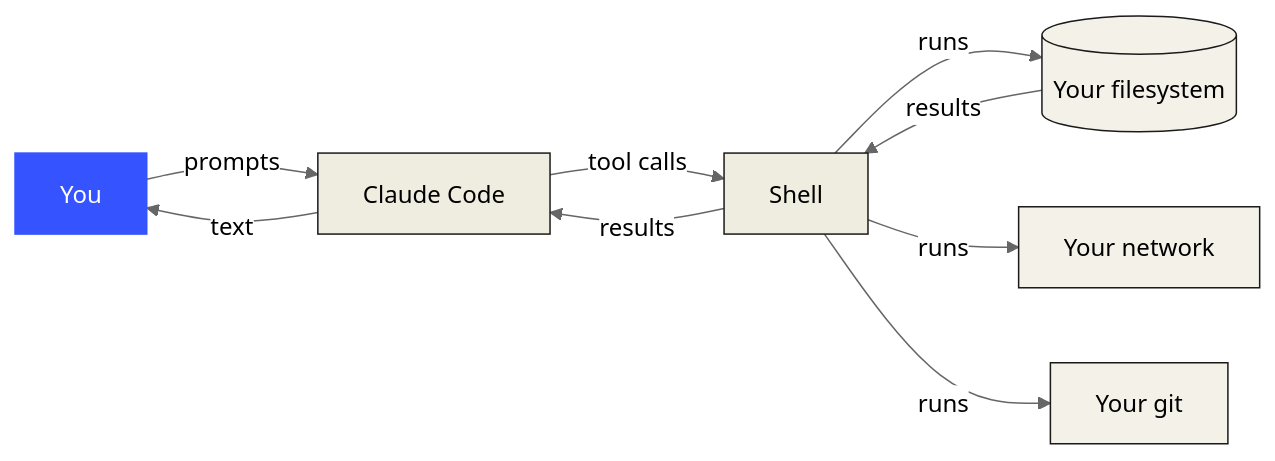
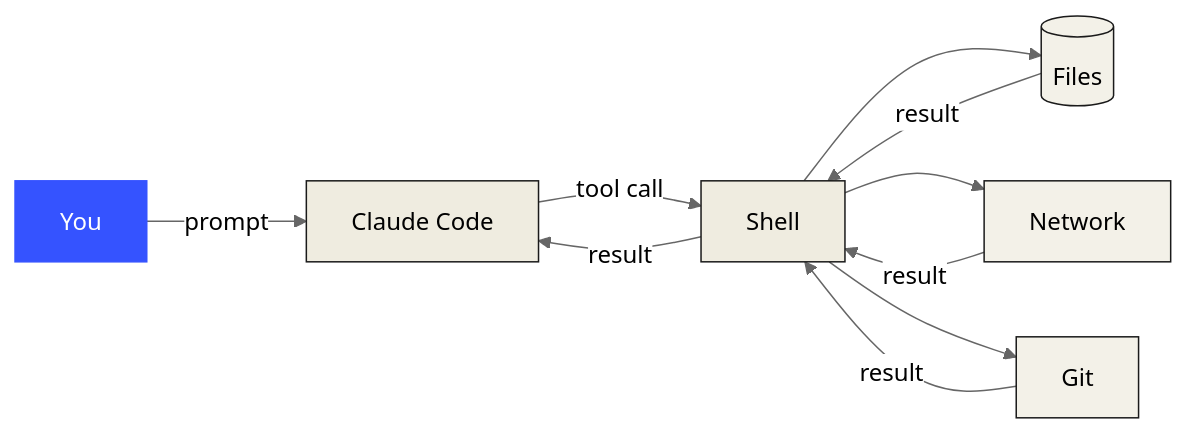
Before and after one commit to aswathas/WorkflowTest: the diagram in phases/00-setup-and-tooling/01-dev-environment/docs/en.md, drawn with Mermaid (neutral theme). The commit also changed other lines of this file and 2 other files, not shown here.

````diff
--- a/phases/00-setup-and-tooling/01-dev-environment/docs/en.md
+++ b/phases/00-setup-and-tooling/01-dev-environment/docs/en.md
@@ -70,18 +67,17 @@
 ```mermaid
 flowchart LR
-    You[You] -->|prompts| CC[Claude Code]
-    CC -->|tool calls| SH[Shell]
-    SH -->|runs| FS[(Your filesystem)]
-    SH -->|runs| NET[Your network]
-    SH -->|runs| GIT[Your git]
-    FS -->|results| SH
-    SH -->|results| CC
-    CC -->|text| You
+    You[You] -->|prompt| CC[Claude Code]
+    CC -->|tool call| SH[Shell]
+    SH --> FS[(Files)]
+    SH --> NET[Network]
+    SH --> GIT[Git]
+    FS & NET & GIT -->|result| SH
+    SH -->|result| CC
 
     style You fill:#3553ff,stroke:#3553ff,color:#fff
     style FS fill:#f3f1e8,stroke:#1a1a1a
     style NET fill:#f3f1e8,stroke:#1a1a1a
     style GIT fill:#f3f1e8,stroke:#1a1a1a
     style SH fill:#efece0,stroke:#1a1a1a
     style CC fill:#efece0,stroke:#1a1a1a
 ```
````
